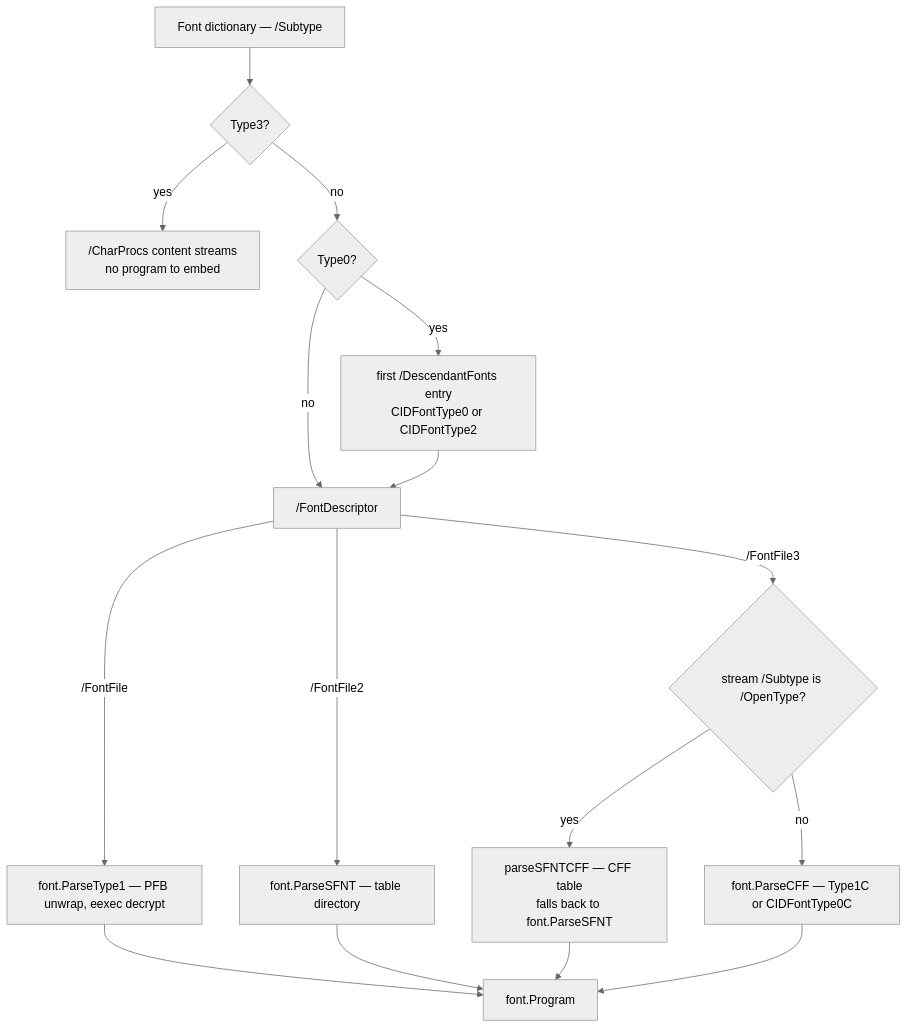
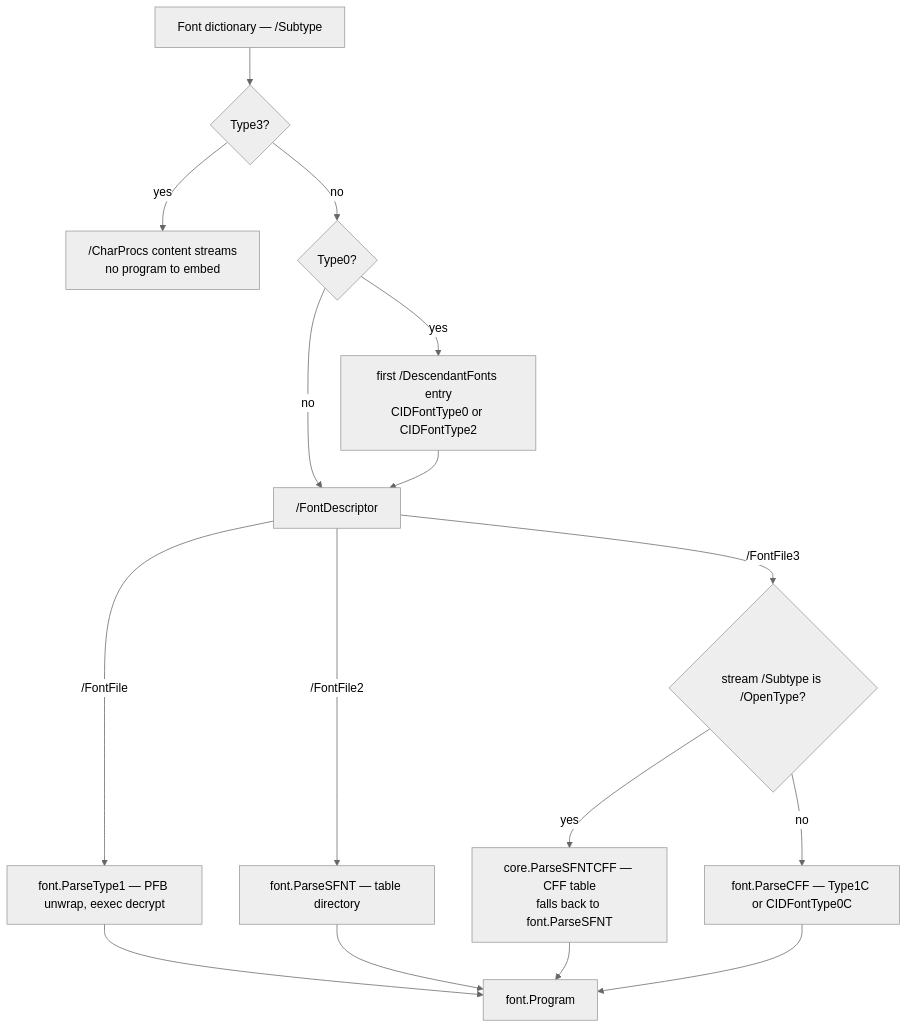
One commit to mgilbir/pdf0 changed the first of 2 diagrams in docs/fonts.md. Above: the diagram before and after it, drawn with Mermaid (neutral theme). The commit also changed other lines of this file and 31 other files, not shown here.

````diff
--- a/docs/fonts.md
+++ b/docs/fonts.md
@@ -141,18 +144,18 @@
 ```mermaid
 flowchart TD
     F["Font dictionary — /Subtype"] --> T3{"Type3?"}
     T3 -->|yes| CP["/CharProcs content streams<br/>no program to embed"]
     T3 -->|no| T0{"Type0?"}
     T0 -->|yes| D["first /DescendantFonts entry<br/>CIDFontType0 or CIDFontType2"]
     T0 -->|no| FD["/FontDescriptor"]
     D --> FD
     FD -->|"/FontFile"| P1["font.ParseType1 — PFB unwrap, eexec decrypt"]
     FD -->|"/FontFile2"| P2["font.ParseSFNT — table directory"]
     FD -->|"/FontFile3"| OT{"stream /Subtype is /OpenType?"}
-    OT -->|yes| PSC["parseSFNTCFF — CFF table<br/>falls back to font.ParseSFNT"]
+    OT -->|yes| PSC["core.ParseSFNTCFF — CFF table<br/>falls back to font.ParseSFNT"]
     OT -->|no| PC["font.ParseCFF — Type1C or CIDFontType0C"]
     P1 --> FP["font.Program"]
     P2 --> FP
     PSC --> FP
     PC --> FP
 ```
````
